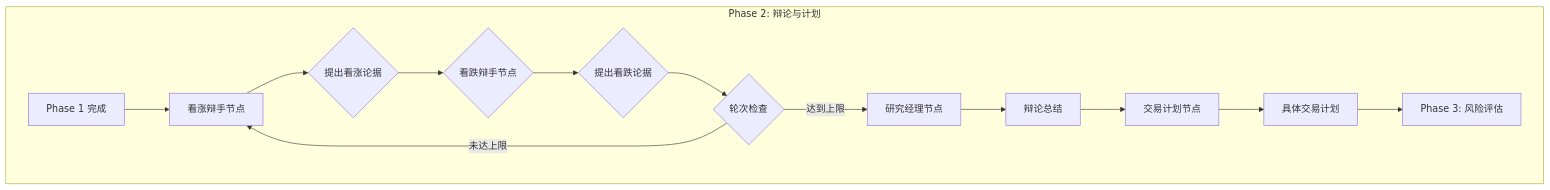
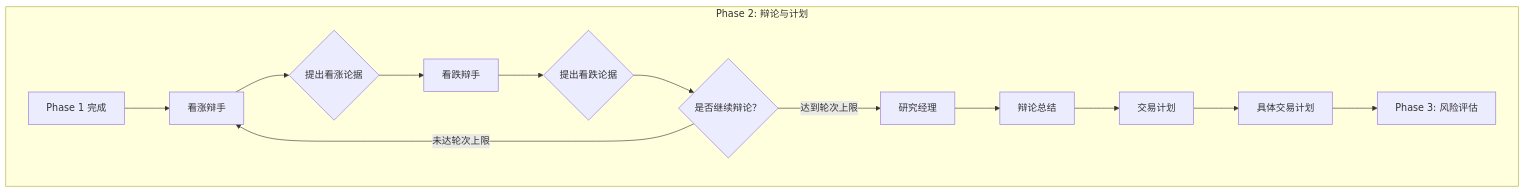
The third of 5 diagrams in docs/TradingAgents/TradingAgents业务流程.md (BG8CFB/StockAnalysis), drawn with Mermaid before and after one commit. The commit also changed other lines of this file and 25 other files, not shown here.

````diff
--- a/docs/TradingAgents/TradingAgents业务流程.md
+++ b/docs/TradingAgents/TradingAgents业务流程.md
@@ -147,19 +252,19 @@
 ```mermaid
 graph TD
     subgraph "Phase 2: 辩论与计划"
-        P2_Start[Phase 1 完成] --> P2_Bull[看涨辩手节点];
+        P2_Start[Phase 1 完成] --> P2_Bull[看涨辩手];
         P2_Bull --> P2_Bull_Arg{提出看涨论据};
 
-        P2_Bull_Arg --> P2_Bear{看跌辩手节点};
+        P2_Bull_Arg --> P2_Bear[看跌辩手];
         P2_Bear --> P2_Bear_Arg{提出看跌论据};
 
-        P2_Bear_Arg --> P2_Check{轮次检查};
-        P2_Check -->|未达上限| P2_Bull;
-        P2_Check -->|达到上限| P2_Manager[研究经理节点];
+        P2_Bear_Arg --> P2_Check{是否继续辩论？};
+        P2_Check -->|未达轮次上限| P2_Bull;
+        P2_Check -->|达到轮次上限| P2_Manager[研究经理];
 
         P2_Manager --> P2_Summary[辩论总结];
-        P2_Summary --> P2_Planner[交易计划节点];
+        P2_Summary --> P2_Planner[交易计划];
         P2_Planner --> P2_Plan[具体交易计划];
         P2_Plan --> P2_Next[Phase 3: 风险评估];
     end
 ```
````
